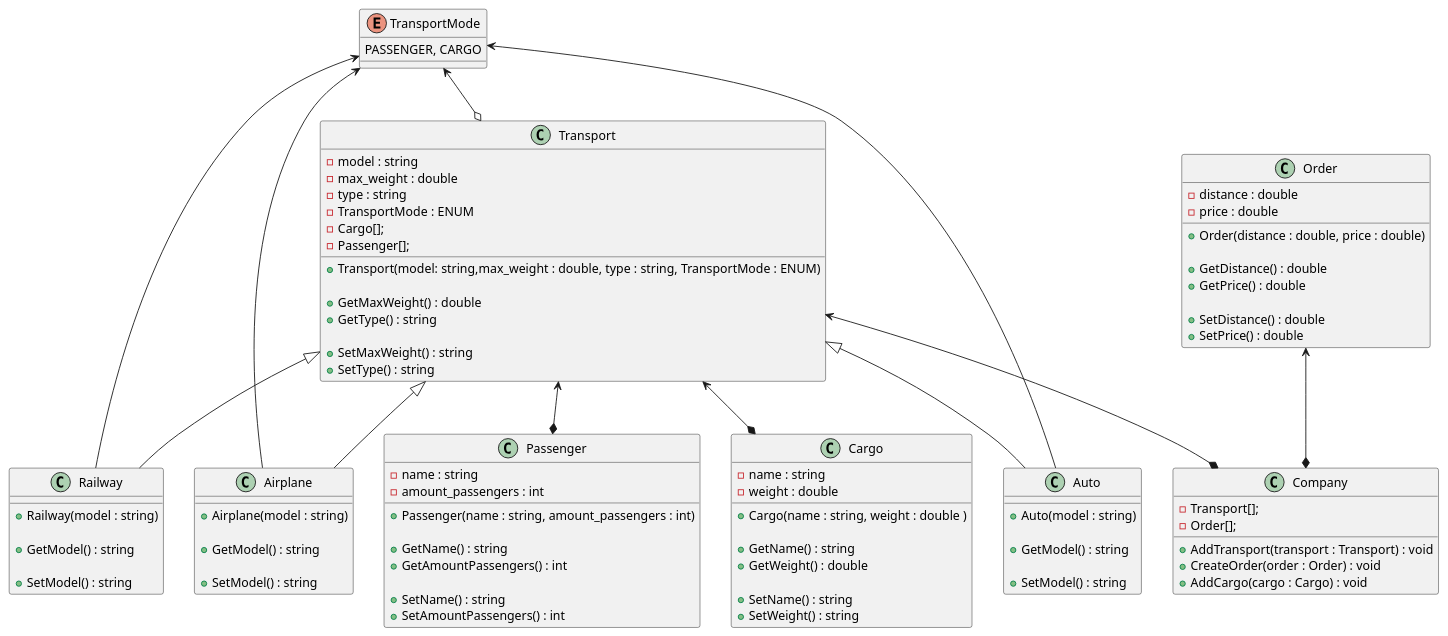
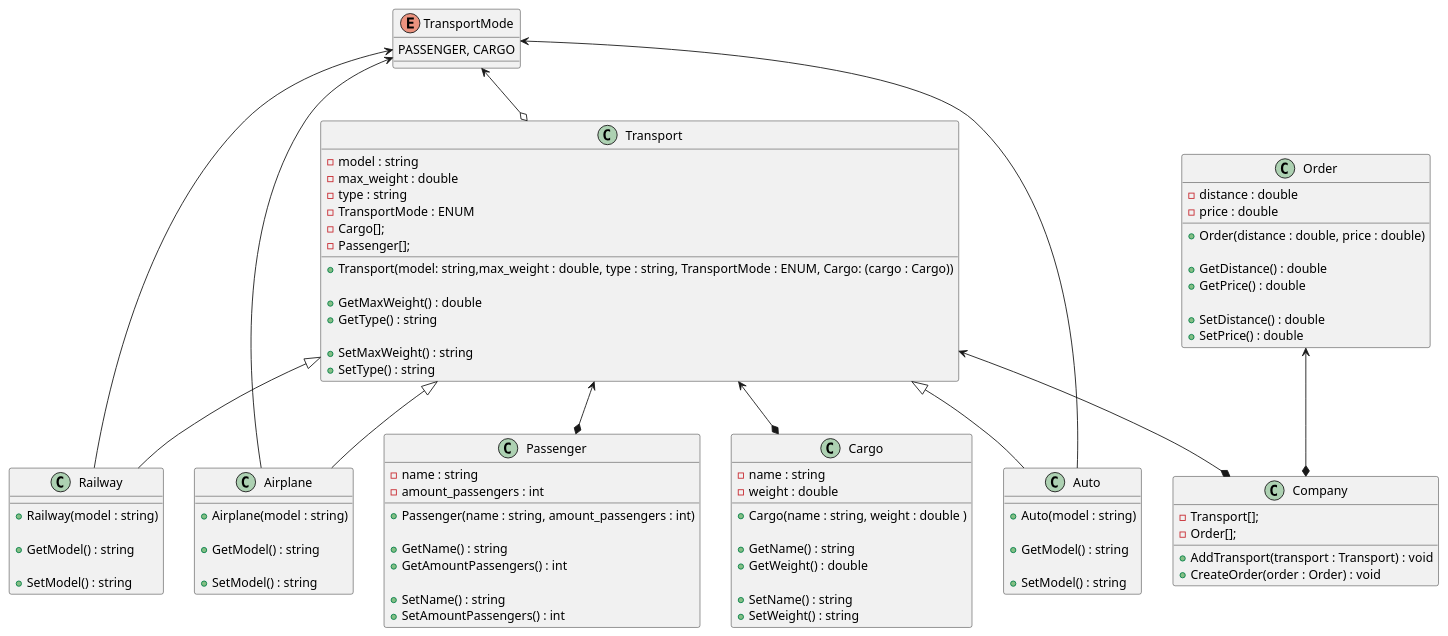
The diagram in class_diagramm.puml (GhettoRogue/Company), drawn with PlantUML before and after one commit. The commit also changed 5 other files, not shown here.

Commit message:
Update diagram & classes

```diff
--- a/class_diagramm.puml
+++ b/class_diagramm.puml
@@ -1,110 +1,109 @@
 @startuml
 
 TransportMode <--o Transport
 enum TransportMode {
 PASSENGER, CARGO
 }
 
 TransportMode <-- Auto
 Transport <|-- Auto
 class Auto{
 
 + Auto(model : string)
 
 + GetModel() : string
 
 + SetModel() : string
 }
 
 TransportMode <-- Railway
 Transport <|-- Railway
 class Railway{
 
 + Railway(model : string)
 
 + GetModel() : string
 
 + SetModel() : string
 }
 
 TransportMode <-- Airplane
 Transport <|-- Airplane
 class Airplane{
 
 + Airplane(model : string)
 
 + GetModel() : string
 
 + SetModel() : string
 }
 
 Transport <--* Cargo
 Transport <--* Passenger
 class Transport{
 - model : string
 - max_weight : double
 - type : string
 - TransportMode : ENUM
 - Cargo[];
 - Passenger[];
 
-+ Transport(model: string,max_weight : double, type : string, TransportMode : ENUM)
++ Transport(model: string,max_weight : double, type : string, TransportMode : ENUM, Cargo: (cargo : Cargo))
 
 + GetMaxWeight() : double
 + GetType() : string
 
 + SetMaxWeight() : string
 + SetType() : string
 }
 
 class Order{
 - distance : double
 - price : double
 
 + Order(distance : double, price : double)
 
 + GetDistance() : double
 + GetPrice() : double
 
 + SetDistance() : double
 + SetPrice() : double
 }
 
 class Cargo {
 - name : string
 - weight : double
 
 + Cargo(name : string, weight : double )
 
 + GetName() : string
 + GetWeight() : double
 
 +SetName() : string
 +SetWeight() : string
 }
 
 class Passenger {
 - name : string
 - amount_passengers : int
 
 + Passenger(name : string, amount_passengers : int)
 
 + GetName() : string
 + GetAmountPassengers() : int
 
 +SetName() : string
 +SetAmountPassengers() : int
 }
 
 Transport <--* Company
 Order <--* Company
 class Company {
 - Transport[];
 - Order[];
 
 + AddTransport(transport : Transport) : void
 + CreateOrder(order : Order) : void
-+ AddCargo(cargo : Cargo) : void
 }
 
 @enduml
```
